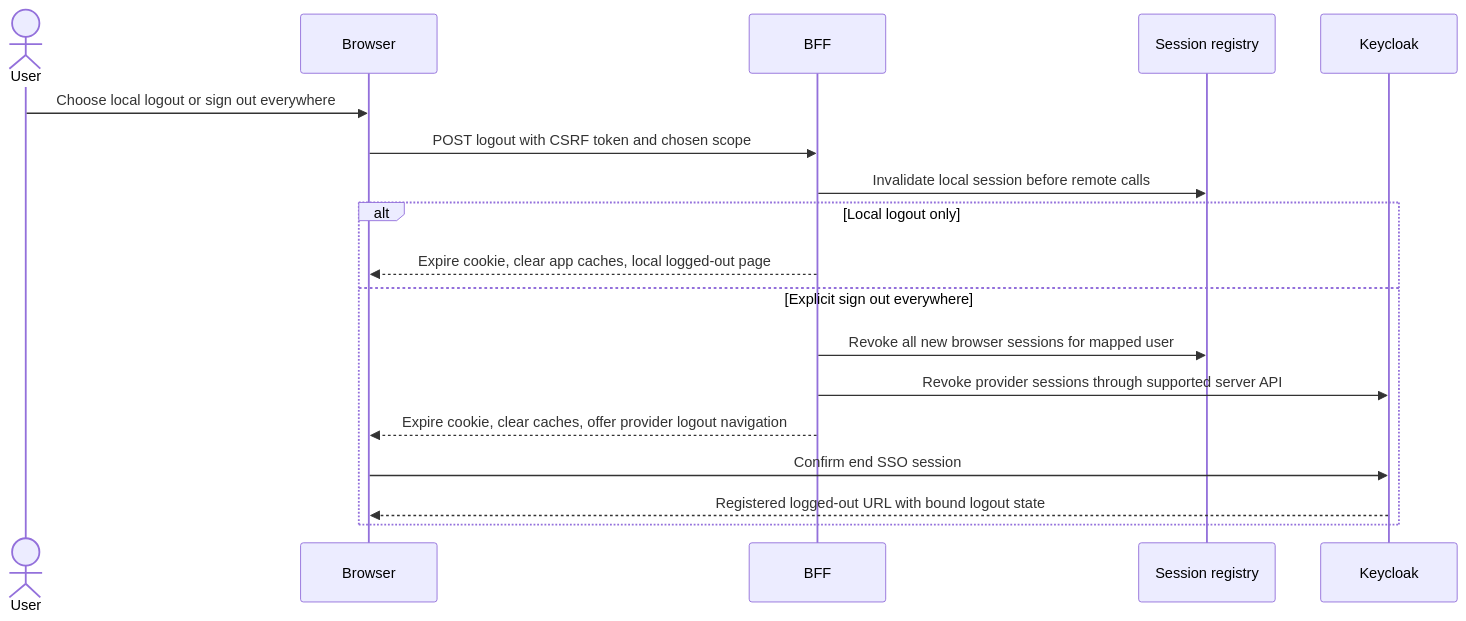
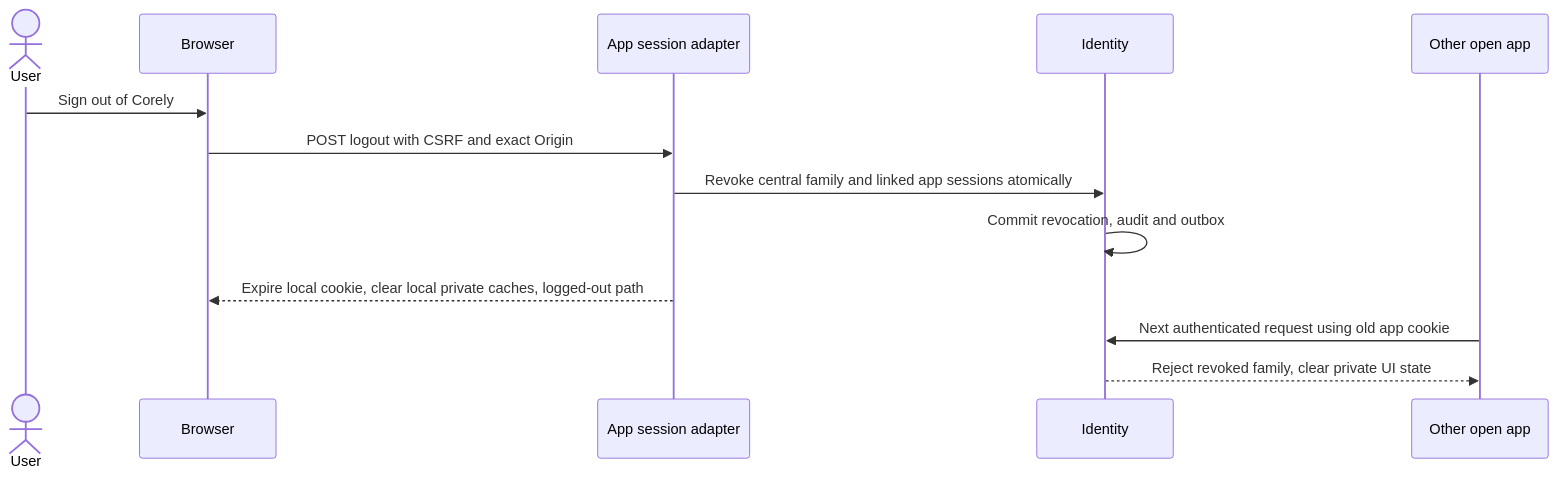
Before and after one commit to Corely-AI/corely: the fourth of 5 diagrams in docs/decisions/ADR-0004-central-identity-app-sessions.md, drawn with Mermaid. The commit also changed other lines of this file and 2 other files, not shown here.

Commit message:
docs(auth): select Corely-native SSO per maintainer decision

````diff
--- a/docs/decisions/ADR-0004-central-identity-app-sessions.md
+++ b/docs/decisions/ADR-0004-central-identity-app-sessions.md
@@ -258,20 +294,15 @@
 ```mermaid
 sequenceDiagram
     actor User
     participant Browser
-    participant BFF
-    participant Registry as Session registry
-    participant IdP as Keycloak
-    User->>Browser: Choose local logout or sign out everywhere
-    Browser->>BFF: POST logout with CSRF token and chosen scope
-    BFF->>Registry: Invalidate local session before remote calls
-    alt Local logout only
-        BFF-->>Browser: Expire cookie, clear app caches, local logged-out page
-    else Explicit sign out everywhere
-        BFF->>Registry: Revoke all new browser sessions for mapped user
-        BFF->>IdP: Revoke provider sessions through supported server API
-        BFF-->>Browser: Expire cookie, clear caches, offer provider logout navigation
-        Browser->>IdP: Confirm end SSO session
-        IdP-->>Browser: Registered logged-out URL with bound logout state
-    end
+    participant App as App session adapter
+    participant Identity
+    participant Other as Other open app
+    User->>Browser: Sign out of Corely
+    Browser->>App: POST logout with CSRF and exact Origin
+    App->>Identity: Revoke central family and linked app sessions atomically
+    Identity->>Identity: Commit revocation, audit and outbox
+    App-->>Browser: Expire local cookie, clear local private caches, logged-out path
+    Other->>Identity: Next authenticated request using old app cookie
+    Identity-->>Other: Reject revoked family, clear private UI state
 ```
````
